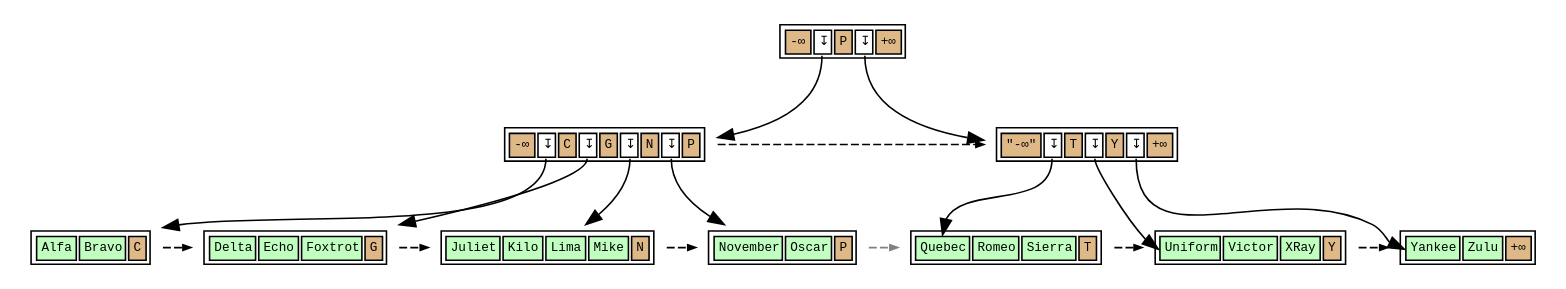
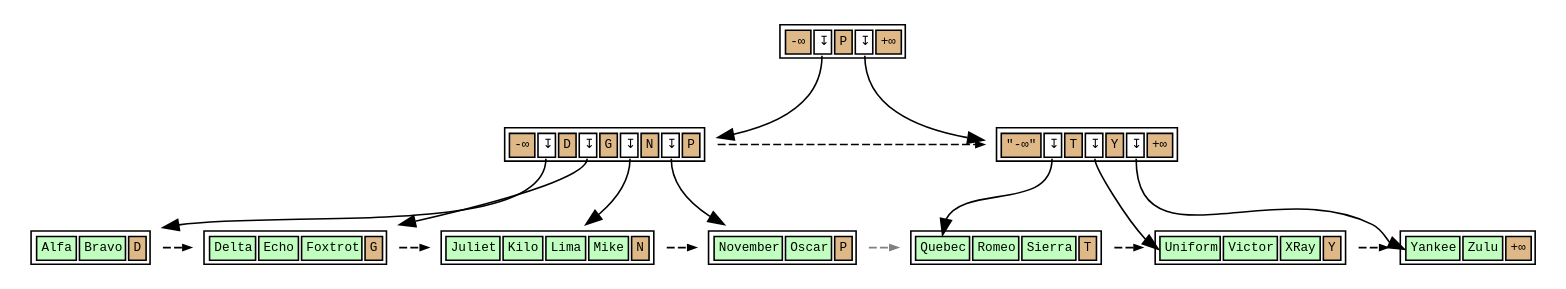
One commit to petergeoghegan/pg_query_internals changed the diagram in lehman-yao-orthodox-btree-suffix.dot. Above: the diagram before and after it, drawn with Graphviz. The commit also changed 1 other file, not shown here.

```diff
--- a/lehman-yao-orthodox-btree-suffix.dot
+++ b/lehman-yao-orthodox-btree-suffix.dot
@@ -1,167 +1,167 @@
 // Example B-Tree graph
 //
 // Breadth-first order
 //
 // Start from root, go left to right
 //
 // Workflow:
 //
 // $ dot -T svg btree.dot -o btree.svg;
 
 digraph nbtree {
 graph [fontname = "monospace"];
 node [shape = none,height=.1,fontname = "monospace",fontsize=8];
 // Level 2 (Root internal level)
 rootnode[ label=<<table>
                     <tr>
                         <td bgcolor='burlywood' port="s0">-&infin;</td>
                         <td bgcolor='white' port="d0">&#8615;</td>
                         <td bgcolor='burlywood' port="s1">P</td>
                         <td bgcolor='white' port="d1">&#8615;</td>
                         <td bgcolor='burlywood' port="hk">+&infin;</td>
                     </tr>
                 </table>
                >
         ];
 // Downlink arrows to children:
 "rootnode":d0 -> "leftinternal"
 "rootnode":d1 -> "rightinternal"
 // sibling pointer:
 // (None)
 
 
 // Level 1 (Internal level)
 // Downlinks + highkey:
 leftinternal[ label=<<table>
                     <tr>
                         <td bgcolor='burlywood' port="s0">-&infin;</td>
                         <td bgcolor='white' port="d0">&#8615;</td>
-                        <td bgcolor='burlywood' port="s1">C</td>
+                        <td bgcolor='burlywood' port="s1">D</td>
                         <td bgcolor='white' port="d1">&#8615;</td>
                         <td bgcolor='burlywood' port="s2">G</td>
                         <td bgcolor='white' port="d2">&#8615;</td>
                         <td bgcolor='burlywood' port="s3">N</td>
                         <td bgcolor='white' port="d3">&#8615;</td>
                         <td bgcolor='burlywood' port="hk">P</td>
                     </tr>
                 </table>
                >
         ];
 // Downlink arrows to children:
 "leftinternal":d0 -> "leftleafnode_1"
 "leftinternal":d1 -> "leftleafnode_2"
 "leftinternal":d2 -> "leftleafnode_3"
 "leftinternal":d3 -> "leftleafnode_4"
 // sibling pointer:
 "leftinternal" -> "rightinternal"[constraint=false,color=black,style=dashed,arrowsize=0.5]
 // Downlinks + highkey:
 rightinternal[ label=<<table>
                     <tr>
                         <td bgcolor='burlywood' port="s0">&quot;-&infin;&quot;</td>
                         <td bgcolor='white' port="d0">&#8615;</td>
                         <td bgcolor='burlywood' port="s1">T</td>
                         <td bgcolor='white' port="d1">&#8615;</td>
                         <td bgcolor='burlywood' port="s2">Y</td>
                         <td bgcolor='white' port="d2">&#8615;</td>
                         <td bgcolor='burlywood' port="hk">+&infin;</td>
                     </tr>
                 </table>
                >
         ];
 // Downlink arrows to children:
 "rightinternal":d0 -> "rightleafnode_1":t0
 "rightinternal":d1 -> "rightleafnode_2":t0
 "rightinternal":d2 -> "rightleafnode_3":t0
 // sibling pointer:
 // (None)
 
 
 // Level 0 (leaf level)
 leftleafnode_1[ label=<<table>
                     <tr>
                         <td bgcolor='darkseagreen1' port="t0">Alfa</td>
                         <td bgcolor='darkseagreen1' port="t1">Bravo</td>
-                        <td bgcolor='burlywood' port="hk">C</td>
+                        <td bgcolor='burlywood' port="hk">D</td>
                     </tr>
                 </table>
                >
         ];
 // sibling pointer:
 "leftleafnode_1" -> "leftleafnode_2"[constraint=false,color=black,style=dashed,arrowsize=0.5]
 leftleafnode_2[ label=<<table>
                     <tr>
                         <td bgcolor='darkseagreen1' port="t0">Delta</td>
                         <td bgcolor='darkseagreen1' port="t1">Echo</td>
                         <td bgcolor='darkseagreen1' port="t2">Foxtrot</td>
                         <td bgcolor='burlywood' port="hk">G</td>
                     </tr>
                 </table>
                >
         ];
 // sibling pointer:
 "leftleafnode_2" -> "leftleafnode_3"[constraint=false,color=black,style=dashed,arrowsize=0.5]
 leftleafnode_3[ label=<<table>
                     <tr>
                         <td bgcolor='darkseagreen1' port="t0">Juliet</td>
                         <td bgcolor='darkseagreen1' port="t1">Kilo</td>
                         <td bgcolor='darkseagreen1' port="t2">Lima</td>
                         <td bgcolor='darkseagreen1' port="t3">Mike</td>
                         <td bgcolor='burlywood' port="hk">N</td>
                     </tr>
                 </table>
                >
         ];
 // sibling pointer:
 "leftleafnode_3" -> "leftleafnode_4"[constraint=false,color=black,style=dashed,arrowsize=0.5]
 leftleafnode_4[ label=<<table>
                     <tr>
                         <td bgcolor='darkseagreen1' port="t0">November</td>
                         <td bgcolor='darkseagreen1' port="t1">Oscar</td>
                         <td bgcolor='burlywood' port="hk">P</td>
                     </tr>
                 </table>
                >
         ];
 // sibling/cousin pointer:
 "leftleafnode_4" -> "rightleafnode_1"[constraint=false,color=gray,style=dashed,arrowsize=0.5]
 rightleafnode_1[ label=<<table>
                     <tr>
                         <td bgcolor='darkseagreen1' port="t0">Quebec</td>
                         <td bgcolor='darkseagreen1' port="t1">Romeo</td>
                         <td bgcolor='darkseagreen1' port="t2">Sierra</td>
                         <td bgcolor='burlywood' port="hk">T</td>
                     </tr>
                 </table>
                >
         ];
 // sibling pointer:
 "rightleafnode_1" -> "rightleafnode_2"[constraint=false,color=black,style=dashed,arrowsize=0.5]
 rightleafnode_2[ label=<<table>
                     <tr>
                         <td bgcolor='darkseagreen1' port="t0">Uniform</td>
                         <td bgcolor='darkseagreen1' port="t1">Victor</td>
                         <td bgcolor='darkseagreen1' port="t2">XRay</td>
                         <td bgcolor='burlywood' port="hk">Y</td>
                     </tr>
                 </table>
                >
         ];
 // sibling pointer:
 "rightleafnode_2" -> "rightleafnode_3"[constraint=false,color=black,style=dashed,arrowsize=0.5]
 rightleafnode_3[ label=<<table>
                     <tr>
                         <td bgcolor='darkseagreen1' port="t0">Yankee</td>
                         <td bgcolor='darkseagreen1' port="t1">Zulu</td>
                         <td bgcolor='burlywood' port="hk">+&infin;</td>
                     </tr>
                 </table>
                >
         ];
 // sibling pointer:
 // (None)
 
 // Force alignment from root to internal to leaf levels:
 edge[style=invis];
 "rootnode":s1 -> "leftleafnode_4":hk
 "leftinternal":hk -> "leftleafnode_4":hk
 }
```
